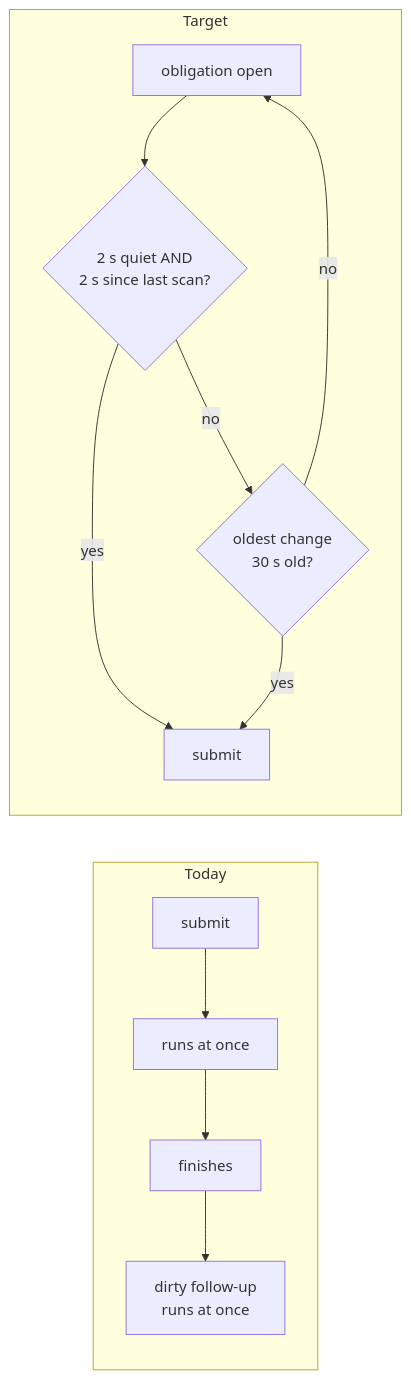
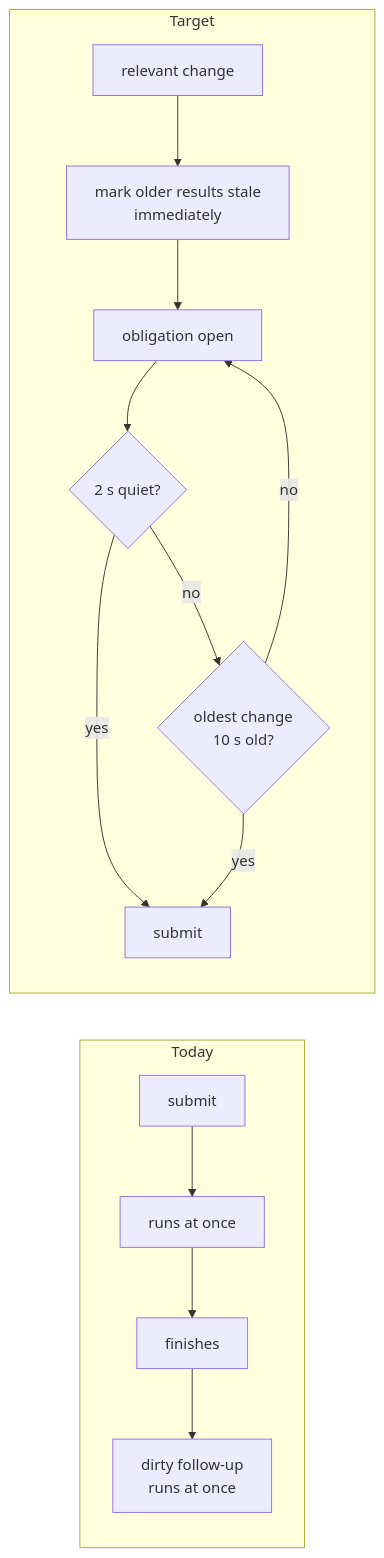
One commit to getagentstudio/agentstudio changed the fourth of 7 diagrams in docs/specs/2026-11-04-fsevents-overload/2026-11-04-fsevents-overload-program-design.md. Above: the diagram before and after it, drawn with Mermaid. The commit also changed other lines of this file and 4 other files, not shown here.

````diff
--- a/docs/specs/2026-11-04-fsevents-overload/2026-11-04-fsevents-overload-program-design.md
+++ b/docs/specs/2026-11-04-fsevents-overload/2026-11-04-fsevents-overload-program-design.md
@@ -58,13 +60,14 @@
 ```mermaid
 flowchart LR
   subgraph today3["Today"]
     c1["submit"] --> c2["runs at once"] --> c3["finishes"] --> c4["dirty follow-up<br/>runs at once"]
   end
   subgraph target3["Target"]
-    d1["obligation open"] --> d2{"2 s quiet AND<br/>2 s since last scan?"}
+    d0["relevant change"] --> d5["mark older results stale<br/>immediately"] --> d1["obligation open"]
+    d1 --> d2{"2 s quiet?"}
     d2 -->|yes| d4["submit"]
-    d2 -->|no| d3{"oldest change<br/>30 s old?"}
+    d2 -->|no| d3{"oldest change<br/>10 s old?"}
     d3 -->|yes| d4
     d3 -->|no| d1
   end
 ```
````
